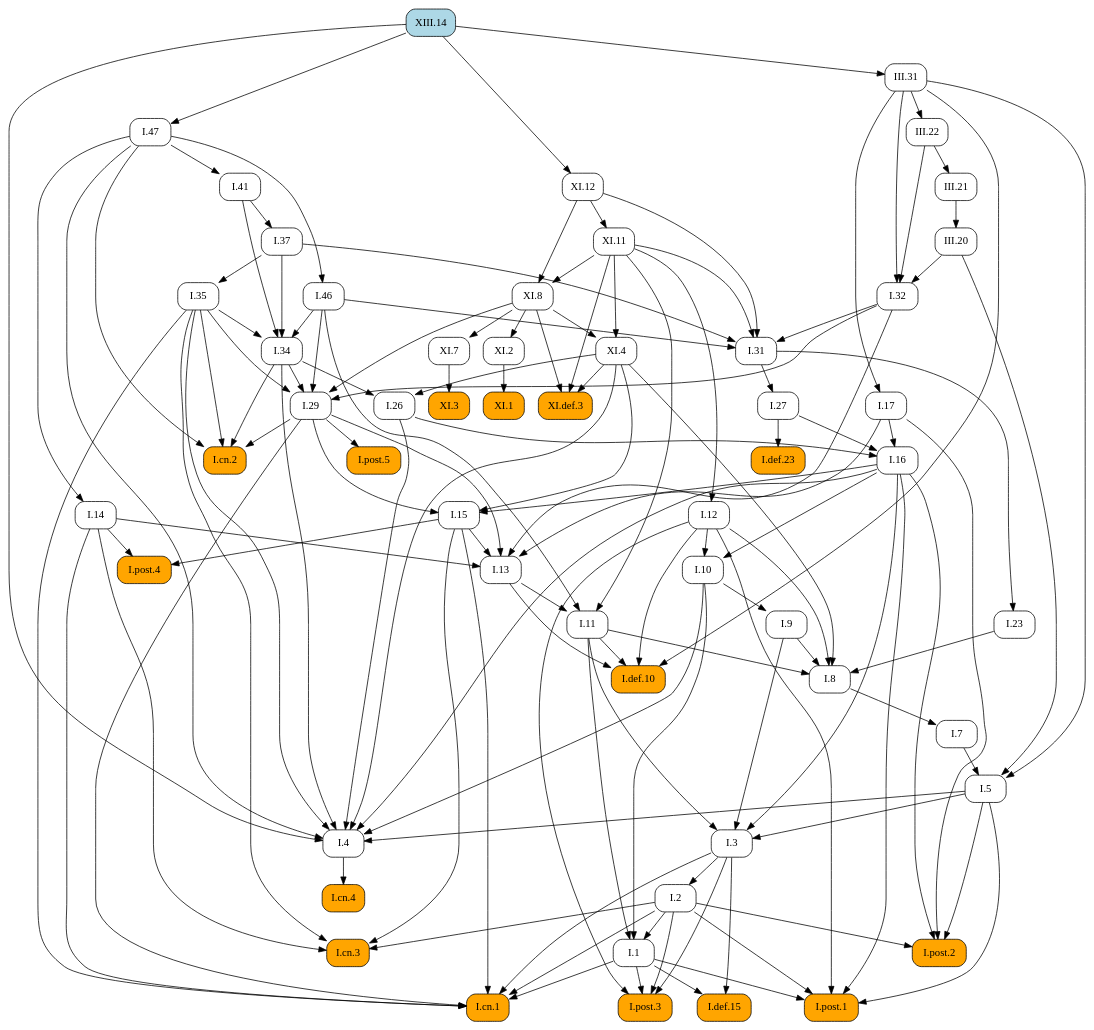
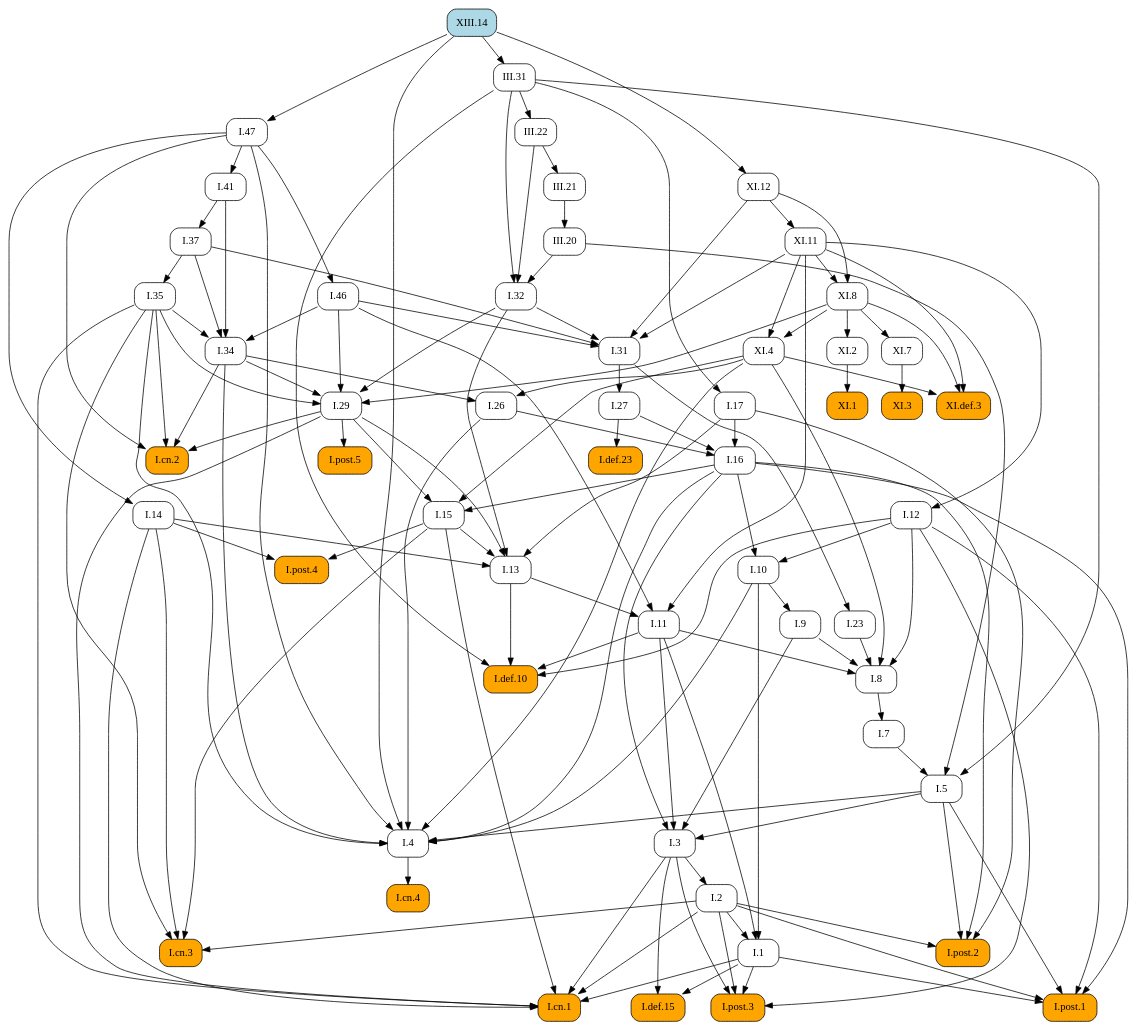
The diagram in docsrc/heath/XIII/14/index.rst (geometor/elements), drawn with Graphviz before and after one commit. The commit also changed other lines of this file and 484 other files, not shown here.

```diff
--- a/docsrc/heath/XIII/14/index.rst
+++ b/docsrc/heath/XIII/14/index.rst
@@ -63,101 +63,110 @@
    digraph {
      rankdir="TB";
      node [shape=box, style=rounded];
+     "I.23" [URL="/heath/I/23/", target="_top"];
+     "I.9" [URL="/heath/I/9/", target="_top"];
+     "I.32" [URL="/heath/I/32/", target="_top"];
+     "XI.4" [URL="/heath/XI/4/", target="_top"];
+     "I.def.15" [style="rounded,filled", fillcolor=orange, URL="/heath/I/def.15/", target="_top"];
+     "I.47" [URL="/heath/I/47/", target="_top"];
+     "XI.8" [URL="/heath/XI/8/", target="_top"];
+     "I.post.3" [style="rounded,filled", fillcolor=orange, URL="/heath/I/post.3/", target="_top"];
+     "I.post.1" [style="rounded,filled", fillcolor=orange, URL="/heath/I/post.1/", target="_top"];
+     "XIII.14" [style="rounded,filled", fillcolor=lightblue, URL="/heath/XIII/14/", target="_top"];
+     "III.20" [URL="/heath/III/20/", target="_top"];
+     "XI.3" [style="rounded,filled", fillcolor=orange, URL="/heath/XI/3/", target="_top"];
+     "I.31" [URL="/heath/I/31/", target="_top"];
+     "III.22" [URL="/heath/III/22/", target="_top"];
      "I.def.10" [style="rounded,filled", fillcolor=orange, URL="/heath/I/def.10/", target="_top"];
-     "I.11" [URL="/heath/I/11/", target="_top"];
-     "I.post.4" [style="rounded,filled", fillcolor=orange, URL="/heath/I/post.4/", target="_top"];
+     "XI.12" [URL="/heath/XI/12/", target="_top"];
      "XI.def.3" [style="rounded,filled", fillcolor=orange, URL="/heath/XI/def.3/", target="_top"];
-     "I.1" [URL="/heath/I/1/", target="_top"];
-     "XI.12" [URL="/heath/XI/12/", target="_top"];
-     "I.26" [URL="/heath/I/26/", target="_top"];
+     "I.27" [URL="/heath/I/27/", target="_top"];
+     "I.14" [URL="/heath/I/14/", target="_top"];
+     "I.34" [URL="/heath/I/34/", target="_top"];
+     "XI.2" [URL="/heath/XI/2/", target="_top"];
+     "I.3" [URL="/heath/I/3/", target="_top"];
      "XI.7" [URL="/heath/XI/7/", target="_top"];
-     "I.29" [URL="/heath/I/29/", target="_top"];
-     "III.20" [URL="/heath/III/20/", target="_top"];
-     "I.cn.2" [style="rounded,filled", fillcolor=orange, URL="/heath/I/cn.2/", target="_top"];
-     "III.31" [URL="/heath/III/31/", target="_top"];
-     "XI.8" [URL="/heath/XI/8/", target="_top"];
-     "I.47" [URL="/heath/I/47/", target="_top"];
-     "I.def.15" [style="rounded,filled", fillcolor=orange, URL="/heath/I/def.15/", target="_top"];
-     "XI.11" [URL="/heath/XI/11/", target="_top"];
-     "I.post.3" [style="rounded,filled", fillcolor=orange, URL="/heath/I/post.3/", target="_top"];
-     "XI.1" [style="rounded,filled", fillcolor=orange, URL="/heath/XI/1/", target="_top"];
+     "I.35" [URL="/heath/I/35/", target="_top"];
      "I.cn.1" [style="rounded,filled", fillcolor=orange, URL="/heath/I/cn.1/", target="_top"];
-     "I.cn.3" [style="rounded,filled", fillcolor=orange, URL="/heath/I/cn.3/", target="_top"];
-     "XI.2" [URL="/heath/XI/2/", target="_top"];
-     "I.14" [URL="/heath/I/14/", target="_top"];
-     "I.23" [URL="/heath/I/23/", target="_top"];
-     "I.post.1" [style="rounded,filled", fillcolor=orange, URL="/heath/I/post.1/", target="_top"];
-     "I.35" [URL="/heath/I/35/", target="_top"];
-     "I.41" [URL="/heath/I/41/", target="_top"];
-     "I.27" [URL="/heath/I/27/", target="_top"];
-     "I.46" [URL="/heath/I/46/", target="_top"];
-     "I.37" [URL="/heath/I/37/", target="_top"];
-     "I.34" [URL="/heath/I/34/", target="_top"];
-     "I.3" [URL="/heath/I/3/", target="_top"];
      "I.7" [URL="/heath/I/7/", target="_top"];
      "I.2" [URL="/heath/I/2/", target="_top"];
+     "I.13" [URL="/heath/I/13/", target="_top"];
+     "I.post.4" [style="rounded,filled", fillcolor=orange, URL="/heath/I/post.4/", target="_top"];
      "I.4" [URL="/heath/I/4/", target="_top"];
+     "I.1" [URL="/heath/I/1/", target="_top"];
+     "I.5" [URL="/heath/I/5/", target="_top"];
+     "I.17" [URL="/heath/I/17/", target="_top"];
+     "I.37" [URL="/heath/I/37/", target="_top"];
+     "I.8" [URL="/heath/I/8/", target="_top"];
+     "I.cn.3" [style="rounded,filled", fillcolor=orange, URL="/heath/I/cn.3/", target="_top"];
+     "I.29" [URL="/heath/I/29/", target="_top"];
+     "I.16" [URL="/heath/I/16/", target="_top"];
+     "III.31" [URL="/heath/III/31/", target="_top"];
+     "I.15" [URL="/heath/I/15/", target="_top"];
+     "I.10" [URL="/heath/I/10/", target="_top"];
+     "I.11" [URL="/heath/I/11/", target="_top"];
      "I.def.23" [style="rounded,filled", fillcolor=orange, URL="/heath/I/def.23/", target="_top"];
-     "XIII.14" [style="rounded,filled", fillcolor=lightblue, URL="/heath/XIII/14/", target="_top"];
-     "I.13" [URL="/heath/I/13/", target="_top"];
-     "I.17" [URL="/heath/I/17/", target="_top"];
+     "I.cn.2" [style="rounded,filled", fillcolor=orange, URL="/heath/I/cn.2/", target="_top"];
+     "I.post.5" [style="rounded,filled", fillcolor=orange, URL="/heath/I/post.5/", target="_top"];
      "I.12" [URL="/heath/I/12/", target="_top"];
-     "I.31" [URL="/heath/I/31/", target="_top"];
+     "I.cn.4" [style="rounded,filled", fillcolor=orange, URL="/heath/I/cn.4/", target="_top"];
+     "III.21" [URL="/heath/III/21/", target="_top"];
+     "I.41" [URL="/heath/I/41/", target="_top"];
      "I.post.2" [style="rounded,filled", fillcolor=orange, URL="/heath/I/post.2/", target="_top"];
-     "I.16" [URL="/heath/I/16/", target="_top"];
-     "I.9" [URL="/heath/I/9/", target="_top"];
-     "I.32" [URL="/heath/I/32/", target="_top"];
-     "I.8" [URL="/heath/I/8/", target="_top"];
-     "I.cn.4" [style="rounded,filled", fillcolor=orange, URL="/heath/I/cn.4/", target="_top"];
-     "I.15" [URL="/heath/I/15/", target="_top"];
-     "III.21" [URL="/heath/III/21/", target="_top"];
-     "III.22" [URL="/heath/III/22/", target="_top"];
-     "XI.4" [URL="/heath/XI/4/", target="_top"];
-     "I.post.5" [style="rounded,filled", fillcolor=orange, URL="/heath/I/post.5/", target="_top"];
-     "I.10" [URL="/heath/I/10/", target="_top"];
-     "I.5" [URL="/heath/I/5/", target="_top"];
-     "XI.3" [style="rounded,filled", fillcolor=orange, URL="/heath/XI/3/", target="_top"];
+     "XI.11" [URL="/heath/XI/11/", target="_top"];
+     "I.46" [URL="/heath/I/46/", target="_top"];
+     "I.26" [URL="/heath/I/26/", target="_top"];
+     "XI.1" [style="rounded,filled", fillcolor=orange, URL="/heath/XI/1/", target="_top"];
+     "I.31" -> "I.23";
+     "I.10" -> "I.9";
+     "III.20" -> "I.32";
+     "III.22" -> "I.32";
+     "III.31" -> "I.32";
+     "XI.8" -> "XI.4";
+     "XI.11" -> "XI.4";
+     "I.1" -> "I.def.15";
+     "I.3" -> "I.def.15";
+     "XIII.14" -> "I.47";
+     "XI.11" -> "XI.8";
+     "XI.12" -> "XI.8";
+     "I.1" -> "I.post.3";
+     "I.2" -> "I.post.3";
+     "I.3" -> "I.post.3";
+     "I.12" -> "I.post.3";
+     "I.1" -> "I.post.1";
+     "I.2" -> "I.post.1";
+     "I.5" -> "I.post.1";
+     "I.12" -> "I.post.1";
+     "I.16" -> "I.post.1";
+     "III.21" -> "III.20";
+     "XI.7" -> "XI.3";
+     "I.32" -> "I.31";
+     "I.37" -> "I.31";
+     "I.46" -> "I.31";
+     "XI.11" -> "I.31";
+     "XI.12" -> "I.31";
+     "III.31" -> "III.22";
      "I.11" -> "I.def.10";
      "I.12" -> "I.def.10";
      "I.13" -> "I.def.10";
      "III.31" -> "I.def.10";
-     "I.13" -> "I.11";
-     "I.46" -> "I.11";
-     "XI.11" -> "I.11";
-     "I.14" -> "I.post.4";
-     "I.15" -> "I.post.4";
+     "XIII.14" -> "XI.12";
      "XI.4" -> "XI.def.3";
      "XI.8" -> "XI.def.3";
      "XI.11" -> "XI.def.3";
-     "I.2" -> "I.1";
-     "I.10" -> "I.1";
-     "I.11" -> "I.1";
-     "XIII.14" -> "XI.12";
-     "I.34" -> "I.26";
-     "XI.4" -> "I.26";
+     "I.31" -> "I.27";
+     "I.47" -> "I.14";
+     "I.35" -> "I.34";
+     "I.37" -> "I.34";
+     "I.41" -> "I.34";
+     "I.46" -> "I.34";
+     "XI.8" -> "XI.2";
+     "I.5" -> "I.3";
+     "I.9" -> "I.3";
+     "I.11" -> "I.3";
+     "I.16" -> "I.3";
      "XI.8" -> "XI.7";
-     "I.32" -> "I.29";
-     "I.34" -> "I.29";
-     "I.35" -> "I.29";
-     "I.46" -> "I.29";
-     "XI.8" -> "I.29";
-     "III.21" -> "III.20";
-     "I.29" -> "I.cn.2";
-     "I.34" -> "I.cn.2";
-     "I.35" -> "I.cn.2";
-     "I.47" -> "I.cn.2";
-     "XIII.14" -> "III.31";
-     "XI.11" -> "XI.8";
-     "XI.12" -> "XI.8";
-     "XIII.14" -> "I.47";
-     "I.1" -> "I.def.15";
-     "I.3" -> "I.def.15";
-     "XI.12" -> "XI.11";
-     "I.1" -> "I.post.3";
-     "I.2" -> "I.post.3";
-     "I.3" -> "I.post.3";
-     "I.12" -> "I.post.3";
-     "XI.2" -> "XI.1";
+     "I.37" -> "I.35";
      "I.1" -> "I.cn.1";
      "I.2" -> "I.cn.1";
      "I.3" -> "I.cn.1";
@@ -165,33 +174,15 @@
      "I.15" -> "I.cn.1";
      "I.29" -> "I.cn.1";
      "I.35" -> "I.cn.1";
-     "I.2" -> "I.cn.3";
-     "I.14" -> "I.cn.3";
-     "I.15" -> "I.cn.3";
-     "I.35" -> "I.cn.3";
-     "XI.8" -> "XI.2";
-     "I.47" -> "I.14";
-     "I.31" -> "I.23";
-     "I.1" -> "I.post.1";
-     "I.2" -> "I.post.1";
-     "I.5" -> "I.post.1";
-     "I.12" -> "I.post.1";
-     "I.16" -> "I.post.1";
-     "I.37" -> "I.35";
-     "I.47" -> "I.41";
-     "I.31" -> "I.27";
-     "I.47" -> "I.46";
-     "I.41" -> "I.37";
-     "I.35" -> "I.34";
-     "I.37" -> "I.34";
-     "I.41" -> "I.34";
-     "I.46" -> "I.34";
-     "I.5" -> "I.3";
-     "I.9" -> "I.3";
-     "I.11" -> "I.3";
-     "I.16" -> "I.3";
      "I.8" -> "I.7";
      "I.3" -> "I.2";
+     "I.14" -> "I.13";
+     "I.15" -> "I.13";
+     "I.17" -> "I.13";
+     "I.29" -> "I.13";
+     "I.32" -> "I.13";
+     "I.14" -> "I.post.4";
+     "I.15" -> "I.post.4";
      "I.5" -> "I.4";
      "I.10" -> "I.4";
      "I.16" -> "I.4";
@@ -201,48 +192,57 @@
      "I.47" -> "I.4";
      "XI.4" -> "I.4";
      "XIII.14" -> "I.4";
-     "I.27" -> "I.def.23";
-     "I.14" -> "I.13";
-     "I.15" -> "I.13";
-     "I.17" -> "I.13";
-     "I.29" -> "I.13";
-     "I.32" -> "I.13";
+     "I.2" -> "I.1";
+     "I.10" -> "I.1";
+     "I.11" -> "I.1";
+     "I.7" -> "I.5";
+     "III.20" -> "I.5";
+     "III.31" -> "I.5";
      "III.31" -> "I.17";
-     "XI.11" -> "I.12";
-     "I.32" -> "I.31";
-     "I.37" -> "I.31";
-     "I.46" -> "I.31";
-     "XI.11" -> "I.31";
-     "XI.12" -> "I.31";
-     "I.2" -> "I.post.2";
-     "I.5" -> "I.post.2";
-     "I.16" -> "I.post.2";
-     "I.17" -> "I.post.2";
-     "I.17" -> "I.16";
-     "I.26" -> "I.16";
-     "I.27" -> "I.16";
-     "I.10" -> "I.9";
-     "III.20" -> "I.32";
-     "III.22" -> "I.32";
-     "III.31" -> "I.32";
+     "I.41" -> "I.37";
      "I.9" -> "I.8";
      "I.11" -> "I.8";
      "I.12" -> "I.8";
      "I.23" -> "I.8";
      "XI.4" -> "I.8";
-     "I.4" -> "I.cn.4";
+     "I.2" -> "I.cn.3";
+     "I.14" -> "I.cn.3";
+     "I.15" -> "I.cn.3";
+     "I.35" -> "I.cn.3";
+     "I.32" -> "I.29";
+     "I.34" -> "I.29";
+     "I.35" -> "I.29";
+     "I.46" -> "I.29";
+     "XI.8" -> "I.29";
+     "I.17" -> "I.16";
+     "I.26" -> "I.16";
+     "I.27" -> "I.16";
+     "XIII.14" -> "III.31";
      "I.16" -> "I.15";
      "I.29" -> "I.15";
      "XI.4" -> "I.15";
-     "III.22" -> "III.21";
-     "III.31" -> "III.22";
-     "XI.8" -> "XI.4";
-     "XI.11" -> "XI.4";
-     "I.29" -> "I.post.5";
      "I.12" -> "I.10";
      "I.16" -> "I.10";
-     "I.7" -> "I.5";
-     "III.20" -> "I.5";
-     "III.31" -> "I.5";
-     "XI.7" -> "XI.3";
+     "I.13" -> "I.11";
+     "I.46" -> "I.11";
+     "XI.11" -> "I.11";
+     "I.27" -> "I.def.23";
+     "I.29" -> "I.cn.2";
+     "I.34" -> "I.cn.2";
+     "I.35" -> "I.cn.2";
+     "I.47" -> "I.cn.2";
+     "I.29" -> "I.post.5";
+     "XI.11" -> "I.12";
+     "I.4" -> "I.cn.4";
+     "III.22" -> "III.21";
+     "I.47" -> "I.41";
+     "I.2" -> "I.post.2";
+     "I.5" -> "I.post.2";
+     "I.16" -> "I.post.2";
+     "I.17" -> "I.post.2";
+     "XI.12" -> "XI.11";
+     "I.47" -> "I.46";
+     "I.34" -> "I.26";
+     "XI.4" -> "I.26";
+     "XI.2" -> "XI.1";
    }
```
